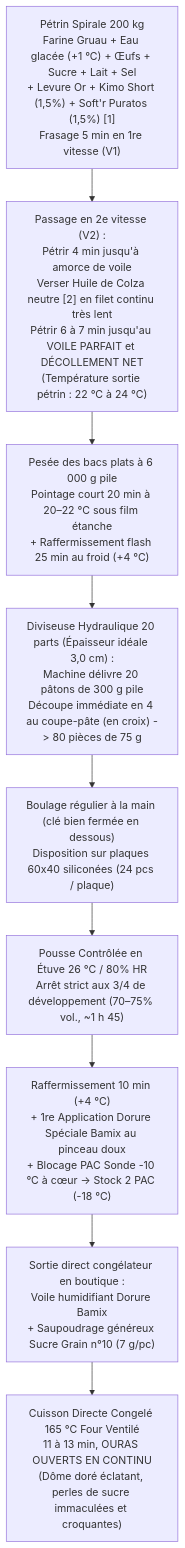
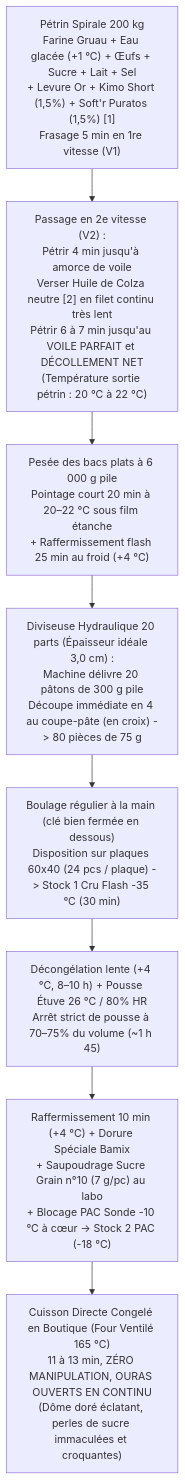
Before and after one commit to jri561/laboratoire-tourage-boulangerie: the diagram in recettes/catalogue/brioche-individuelle-sucre-pac.md, drawn with Mermaid. The commit also changed other lines of this file and 15 other files, not shown here.

````diff
--- a/recettes/catalogue/brioche-individuelle-sucre-pac.md
+++ b/recettes/catalogue/brioche-individuelle-sucre-pac.md
@@ -63,12 +63,11 @@
 ```mermaid
 flowchart TD
     A["Pétrin Spirale 200 kg\nFarine Gruau + Eau glacée (+1 °C) + Œufs + Sucre + Lait + Sel\n+ Levure Or + Kimo Short (1,5%) + Soft'r Puratos (1,5%) [1]\nFrasage 5 min en 1re vitesse (V1)"]
-    --> B["Passage en 2e vitesse (V2) :\nPétrir 4 min jusqu'à amorce de voile\nVerser Huile de Colza neutre [2] en filet continu très lent\nPétrir 6 à 7 min jusqu'au VOILE PARFAIT et DÉCOLLEMENT NET\n(Température sortie pétrin : 22 °C à 24 °C)"]
+    --> B["Passage en 2e vitesse (V2) :\nPétrir 4 min jusqu'à amorce de voile\nVerser Huile de Colza neutre [2] en filet continu très lent\nPétrir 6 à 7 min jusqu'au VOILE PARFAIT et DÉCOLLEMENT NET\n(Température sortie pétrin : 20 °C à 22 °C)"]
     --> C["Pesée des bacs plats à 6 000 g pile\nPointage court 20 min à 20–22 °C sous film étanche\n+ Raffermissement flash 25 min au froid (+4 °C)"]
     --> D["Diviseuse Hydraulique 20 parts (Épaisseur idéale 3,0 cm) :\nMachine délivre 20 pâtons de 300 g pile\nDécoupe immédiate en 4 au coupe-pâte (en croix) -> 80 pièces de 75 g"]
-    --> E["Boulage régulier à la main (clé bien fermée en dessous)\nDisposition sur plaques 60x40 siliconées (24 pcs / plaque)"]
-    --> F["Pousse Contrôlée en Étuve 26 °C / 80% HR\nArrêt strict aux 3/4 de développement (70–75% vol., ~1 h 45)"]
-    --> G["Raffermissement 10 min (+4 °C)\n+ 1re Application Dorure Spéciale Bamix au pinceau doux\n+ Blocage PAC Sonde -10 °C à cœur -> Stock 2 PAC (-18 °C)"]
-    --> H["Sortie direct congélateur en boutique :\nVoile humidifiant Dorure Bamix\n+ Saupoudrage généreux Sucre Grain n°10 (7 g/pc)"]
-    --> I["Cuisson Directe Congelé 165 °C Four Ventilé\n11 à 13 min, OURAS OUVERTS EN CONTINU\n(Dôme doré éclatant, perles de sucre immaculées et croquantes)"]
+    --> E["Boulage régulier à la main (clé bien fermée en dessous)\nDisposition sur plaques 60x40 (24 pcs / plaque) -> Stock 1 Cru Flash -35 °C (30 min)"]
+    --> F["Décongélation lente (+4 °C, 8–10 h) + Pousse Étuve 26 °C / 80% HR\nArrêt strict de pousse à 70–75% du volume (~1 h 45)"]
+    --> G["Raffermissement 10 min (+4 °C) + Dorure Spéciale Bamix\n+ Saupoudrage Sucre Grain n°10 (7 g/pc) au labo\n+ Blocage PAC Sonde -10 °C à cœur -> Stock 2 PAC (-18 °C)"]
+    --> H["Cuisson Directe Congelé en Boutique (Four Ventilé 165 °C)\n11 à 13 min, ZÉRO MANIPULATION, OURAS OUVERTS EN CONTINU\n(Dôme doré éclatant, perles de sucre immaculées et croquantes)"]
 ```
````
